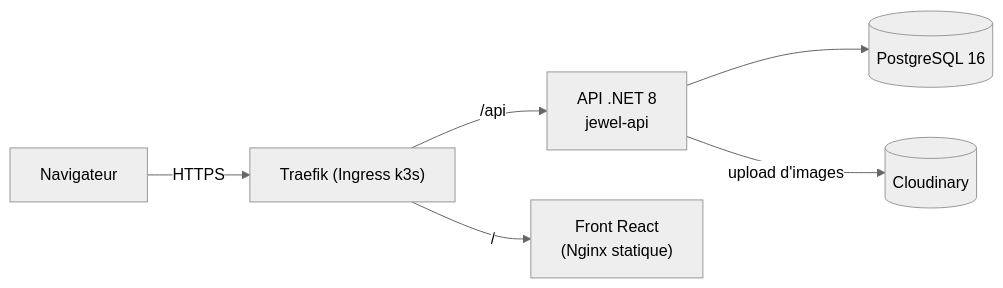
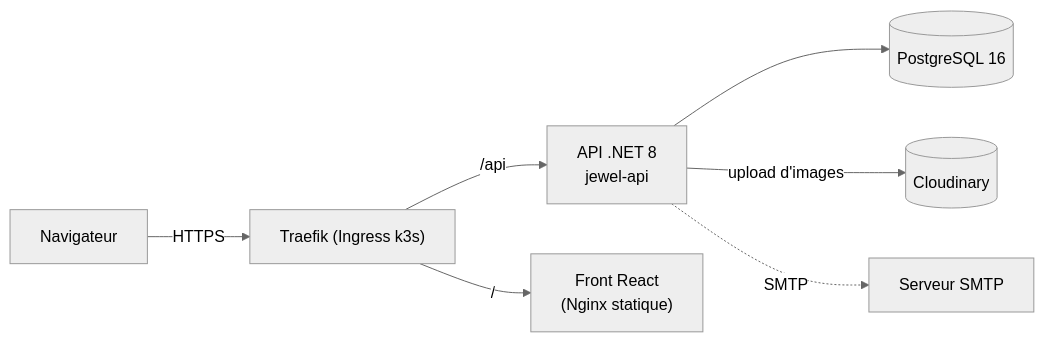
Before and after one commit to marieesss/jewel-shop: the first of 5 diagrams in docs/architecture.md, drawn with Mermaid (neutral theme). The commit also changed other lines of this file and 2 other files, not shown here.

````diff
--- a/docs/architecture.md
+++ b/docs/architecture.md
@@ -12,8 +12,9 @@
 ```mermaid
 flowchart LR
     Navigateur -->|HTTPS| Ingress["Traefik (Ingress k3s)"]
     Ingress -->|/api| API["API .NET 8<br/>jewel-api"]
     Ingress -->|/| Front["Front React<br/>(Nginx statique)"]
     API --> DB[(PostgreSQL 16)]
     API -->|upload d'images| Cloudinary[(Cloudinary)]
+    API -.->|SMTP| Mail[Serveur SMTP]
 ```
````
